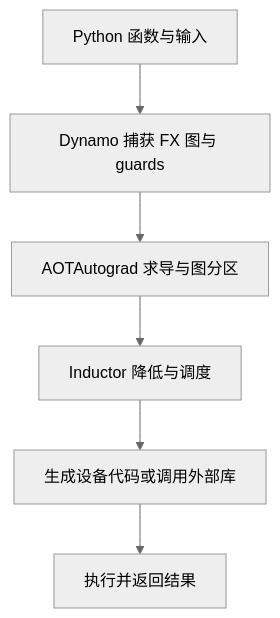
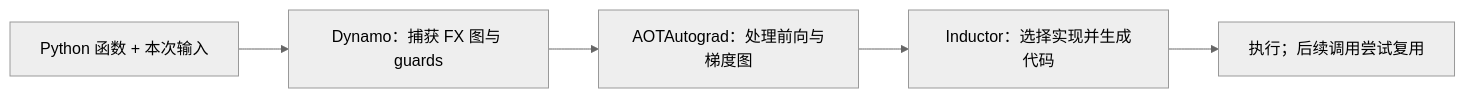
One commit to cyberspacelee/llms-from-scratch changed the diagram in site/src/content/lessons/frameworks/torch-compile.mdx. Above: the diagram before and after it, drawn with Mermaid (neutral theme). The commit also changed other lines of this file and 140 other files, not shown here.

````diff
--- a/site/src/content/lessons/frameworks/torch-compile.mdx
+++ b/site/src/content/lessons/frameworks/torch-compile.mdx
@@ -40,8 +39,7 @@
 ```mermaid
-flowchart TD
-    A[Python 函数与输入] --> B[Dynamo 捕获 FX 图与 guards]
-    B --> C[AOTAutograd 求导与图分区]
-    C --> D[Inductor 降低与调度]
-    D --> E[生成设备代码或调用外部库]
-    E --> F[执行并返回结果]
+flowchart LR
+    A["Python 函数 + 本次输入"] --> B["Dynamo：捕获 FX 图与 guards"]
+    B --> C["AOTAutograd：处理前向与梯度图"]
+    C --> D["Inductor：选择实现并生成代码"]
+    D --> E["执行；后续调用尝试复用"]
 ```
````
